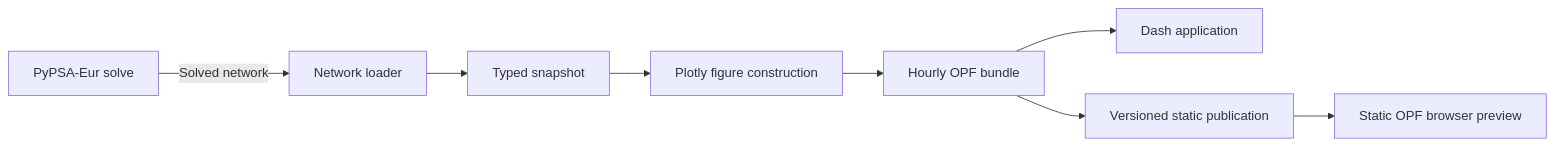
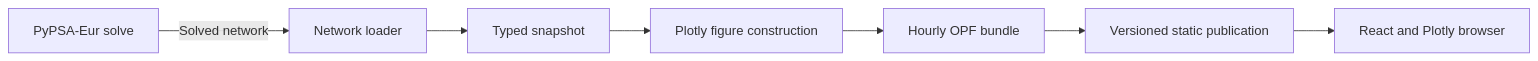
The diagram in coppersushi/opf/README.md (zoltanmaric/coppersushi), drawn with Mermaid before and after one commit. The commit also changed other lines of this file and 19 other files, not shown here.

````diff
--- a/coppersushi/opf/README.md
+++ b/coppersushi/opf/README.md
@@ -9,10 +9,9 @@
 ```mermaid
 flowchart LR
     solver["PyPSA-Eur solve"] -->|Solved network| networks["Network loader"]
     networks --> snapshot["Typed snapshot"]
     snapshot --> figures["Plotly figure construction"]
     figures --> bundle["Hourly OPF bundle"]
-    bundle --> server["Dash application"]
     bundle --> publish["Versioned static publication"]
-    publish --> browser["Static OPF browser preview"]
+    publish --> browser["React and Plotly browser"]
 ```
````
